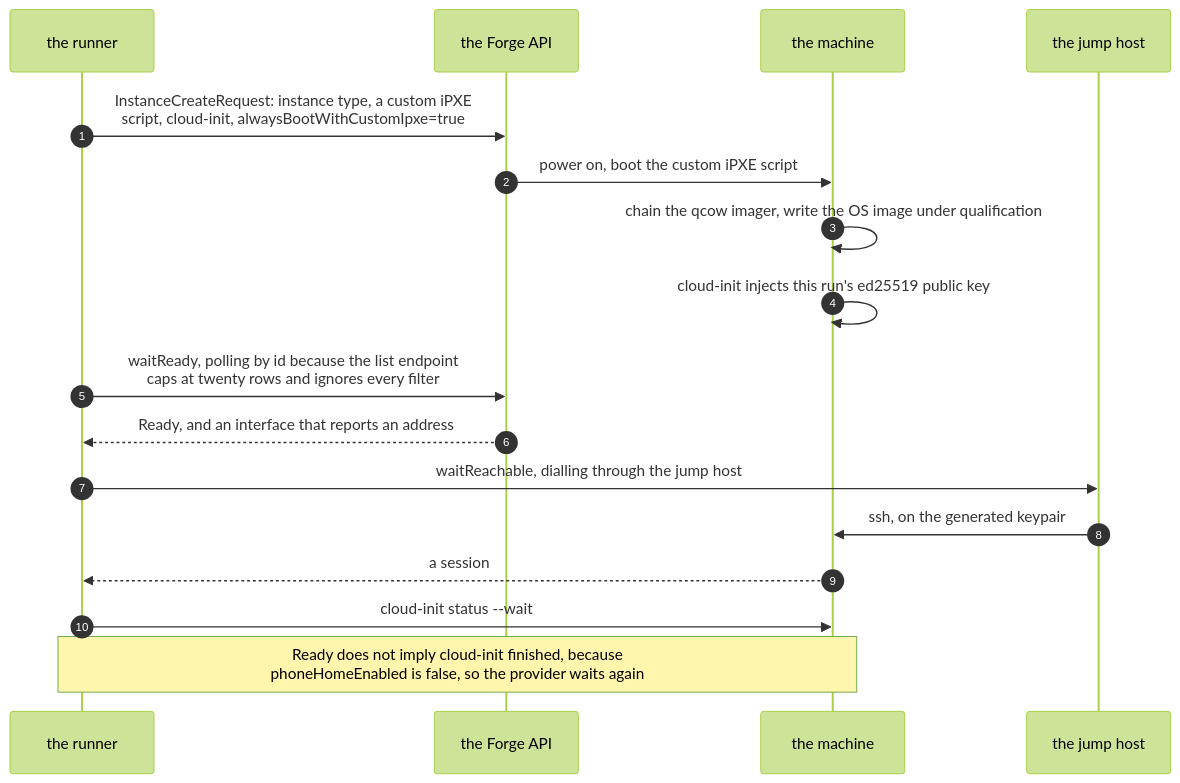
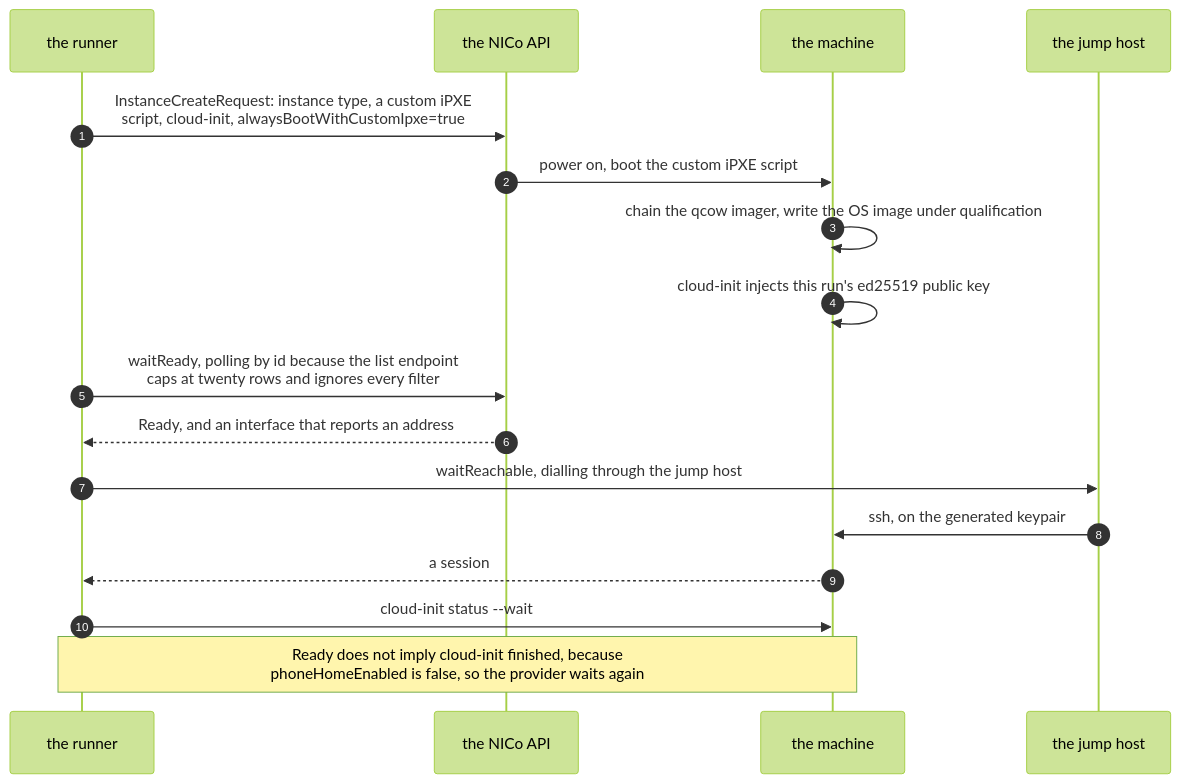
One commit to dsx-ai-factory/nvke changed the second of 5 diagrams in docs/qualification/hardware-lane.md. Above: the diagram before and after it, drawn with Mermaid (forest theme). The commit also changed other lines of this file and 7 other files, not shown here.

Commit message:
docs: name the NKE controller on first mention and say NICo, not Forge

````diff
--- a/docs/qualification/hardware-lane.md
+++ b/docs/qualification/hardware-lane.md
@@ -84,20 +84,20 @@
 ```mermaid
 sequenceDiagram
     autonumber
     participant R as the runner
-    participant F as the Forge API
+    participant F as the NICo API
     participant M as the machine
     participant J as the jump host
 
     R->>F: InstanceCreateRequest: instance type, a custom iPXE<br/>script, cloud-init, alwaysBootWithCustomIpxe=true
     F->>M: power on, boot the custom iPXE script
     M->>M: chain the qcow imager, write the OS image under qualification
     M->>M: cloud-init injects this run's ed25519 public key
     R->>F: waitReady, polling by id because the list endpoint<br/>caps at twenty rows and ignores every filter
     F-->>R: Ready, and an interface that reports an address
     R->>J: waitReachable, dialling through the jump host
     J->>M: ssh, on the generated keypair
     M-->>R: a session
     R->>M: cloud-init status --wait
     note over R,M: Ready does not imply cloud-init finished, because<br/>phoneHomeEnabled is false, so the provider waits again
 ```
````
